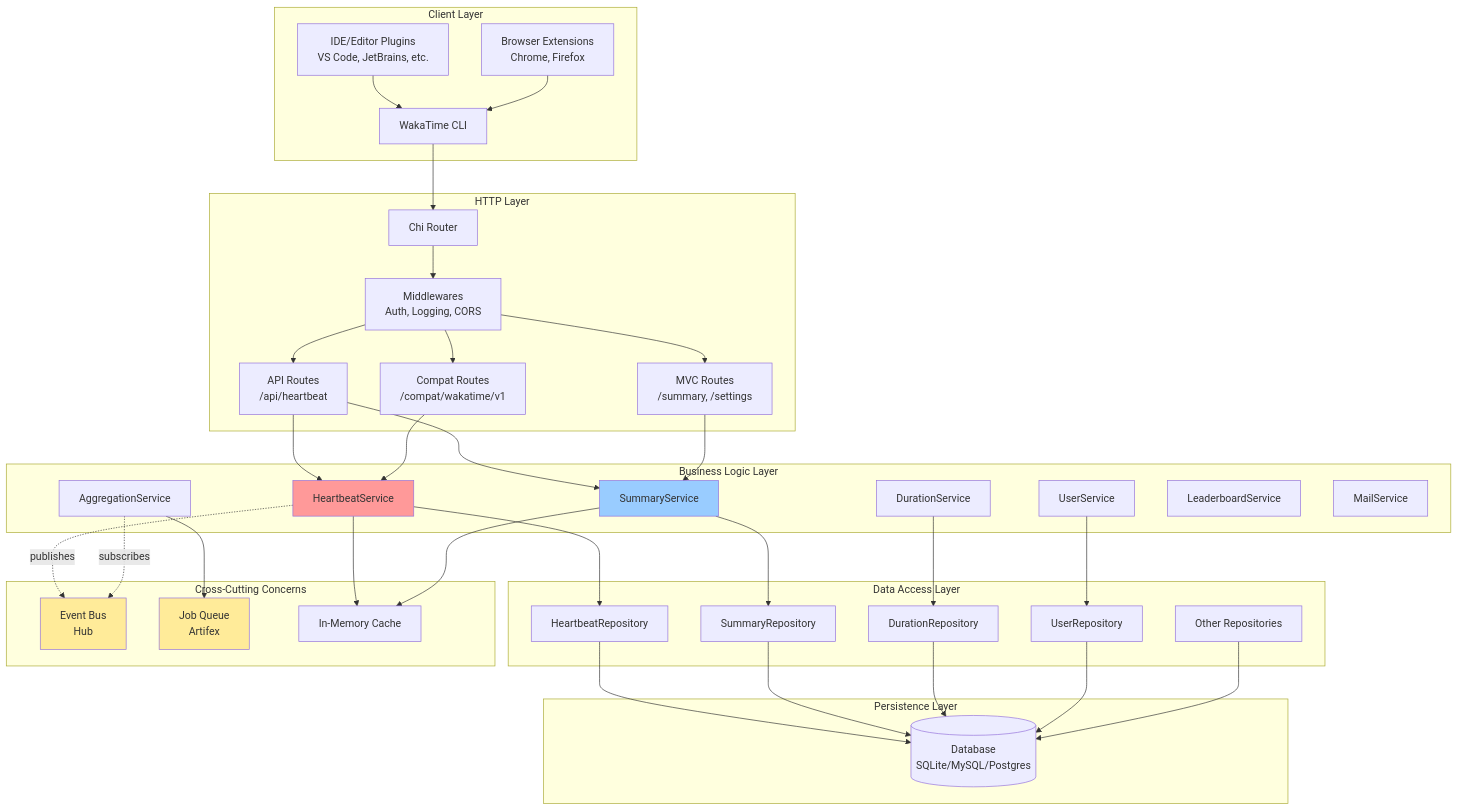
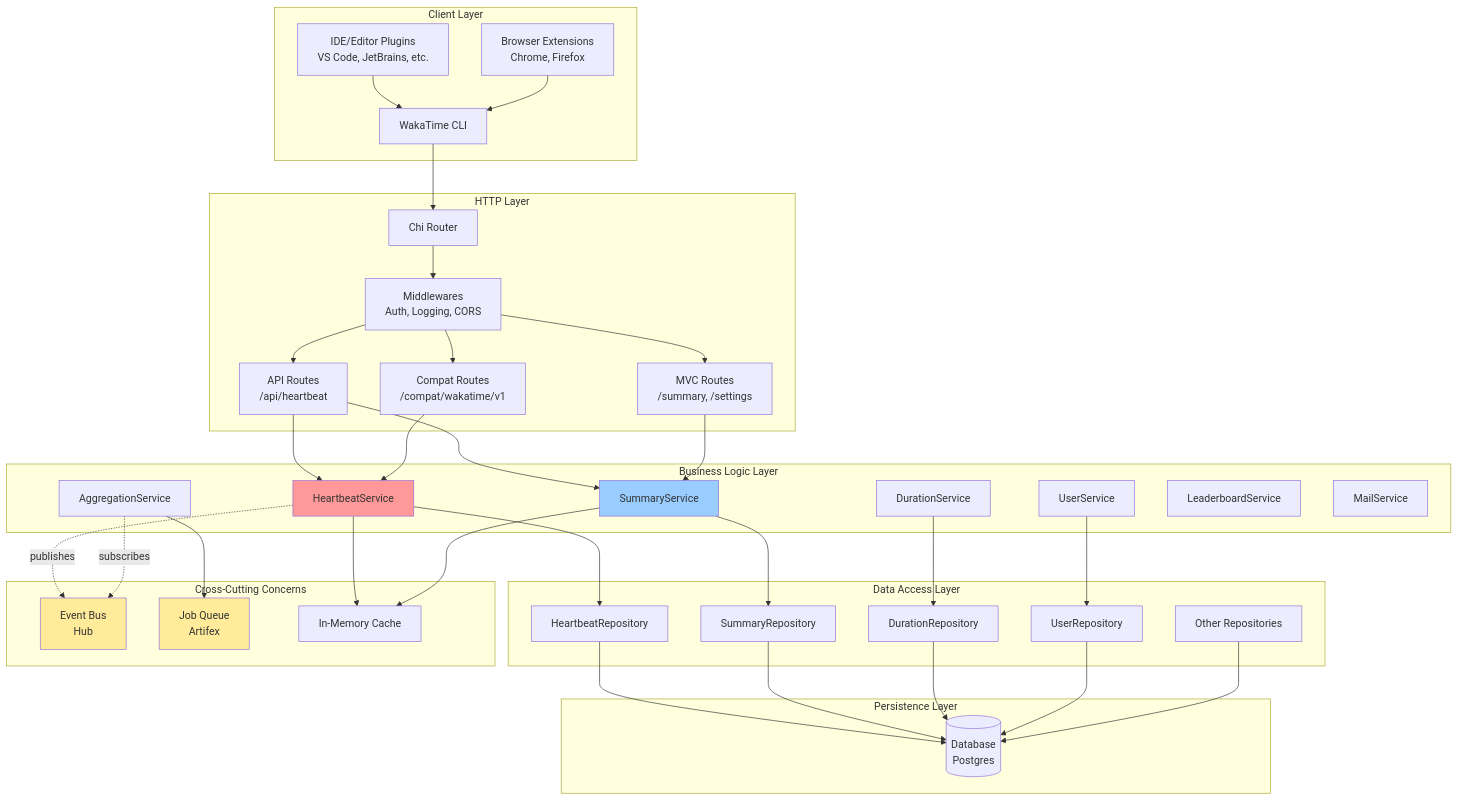
One commit to fadykuzman/oxywaka changed the first of 10 diagrams in ARCHITECTURE.md. Above: the diagram before and after it, drawn with Mermaid. The commit also changed other lines of this file and 5 other files, not shown here.

````diff
--- a/ARCHITECTURE.md
+++ b/ARCHITECTURE.md
@@ -24,80 +25,80 @@
 ```mermaid
 graph TB
     subgraph "Client Layer"
         IDE[IDE/Editor Plugins<br/>VS Code, JetBrains, etc.]
         Browser[Browser Extensions<br/>Chrome, Firefox]
         CLI[WakaTime CLI]
     end
 
     subgraph "HTTP Layer"
         Router[Chi Router]
         Middleware[Middlewares<br/>Auth, Logging, CORS]
         API[API Routes<br/>/api/heartbeat]
         Compat[Compat Routes<br/>/compat/wakatime/v1]
         MVC[MVC Routes<br/>/summary, /settings]
     end
 
     subgraph "Business Logic Layer"
         HeartbeatSvc[HeartbeatService]
         SummarySvc[SummaryService]
         DurationSvc[DurationService]
         UserSvc[UserService]
         AggregationSvc[AggregationService]
         LeaderboardSvc[LeaderboardService]
         MailSvc[MailService]
     end
 
     subgraph "Data Access Layer"
         HeartbeatRepo[HeartbeatRepository]
         SummaryRepo[SummaryRepository]
         DurationRepo[DurationRepository]
         UserRepo[UserRepository]
         OtherRepos[Other Repositories]
     end
 
     subgraph "Persistence Layer"
-        DB[(Database<br/>SQLite/MySQL/Postgres)]
+        DB[(Database<br/>Postgres)]
     end
 
     subgraph "Cross-Cutting Concerns"
         EventBus[Event Bus<br/>Hub]
         JobQueue[Job Queue<br/>Artifex]
         Cache[In-Memory Cache]
     end
 
     IDE --> CLI
     Browser --> CLI
     CLI --> Router
     Router --> Middleware
     Middleware --> API
     Middleware --> Compat
     Middleware --> MVC
 
     API --> HeartbeatSvc
     Compat --> HeartbeatSvc
     API --> SummarySvc
     MVC --> SummarySvc
 
     HeartbeatSvc --> HeartbeatRepo
     SummarySvc --> SummaryRepo
     DurationSvc --> DurationRepo
     UserSvc --> UserRepo
 
     HeartbeatRepo --> DB
     SummaryRepo --> DB
     DurationRepo --> DB
     UserRepo --> DB
     OtherRepos --> DB
 
     HeartbeatSvc -.publishes.-> EventBus
     AggregationSvc -.subscribes.-> EventBus
     AggregationSvc --> JobQueue
 
     HeartbeatSvc --> Cache
     SummarySvc --> Cache
 
     style HeartbeatSvc fill:#ff9999
     style SummarySvc fill:#99ccff
     style EventBus fill:#ffeb99
     style JobQueue fill:#ffeb99
 ```
````
